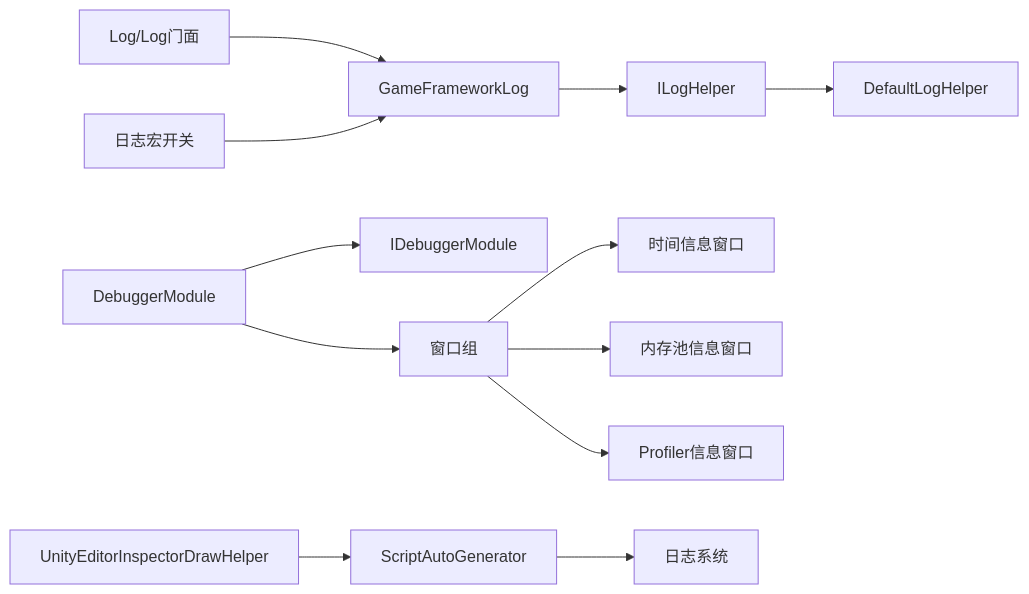
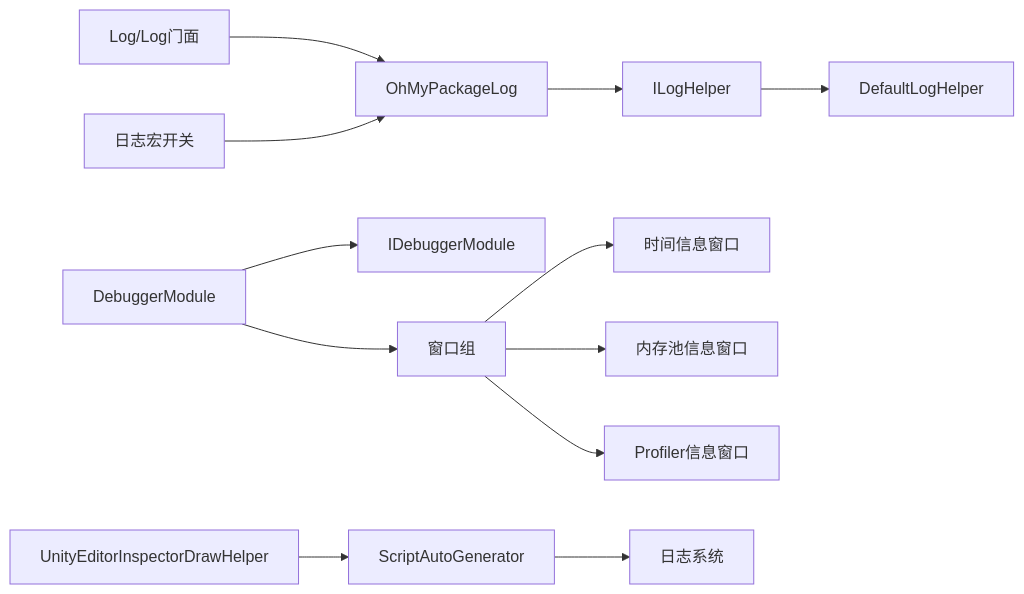
The seventh of 7 diagrams in repowiki/zh/content/开发者指南/故障排除指南/调试技巧指南.md (OxygenIsland/MyGame), drawn with Mermaid before and after one commit. The commit also changed other lines of this file and 34 other files, not shown here.

````diff
--- a/repowiki/zh/content/开发者指南/故障排除指南/调试技巧指南.md
+++ b/repowiki/zh/content/开发者指南/故障排除指南/调试技巧指南.md
@@ -384,14 +384,14 @@
 ```mermaid
 graph LR
-LogFacade["Log/Log门面"] --> GFLog["GameFrameworkLog"]
+LogFacade["Log/Log门面"] --> GFLog["OhMyPackageLog"]
 GFLog --> ILogHelper["ILogHelper"]
 ILogHelper --> DefaultHelper["DefaultLogHelper"]
 Macro["日志宏开关"] --> GFLog
 Debugger["DebuggerModule"] --> IDebugger["IDebuggerModule"]
 Debugger --> WinGroup["窗口组"]
 WinGroup --> TimeWin["时间信息窗口"]
 WinGroup --> MemWin["内存池信息窗口"]
 WinGroup --> ProfWin["Profiler信息窗口"]
 AutoGen["ScriptAutoGenerator"] --> LogSys["日志系统"]
 Inspector["UnityEditorInspectorDrawHelper"] --> AutoGen
 ```
````
